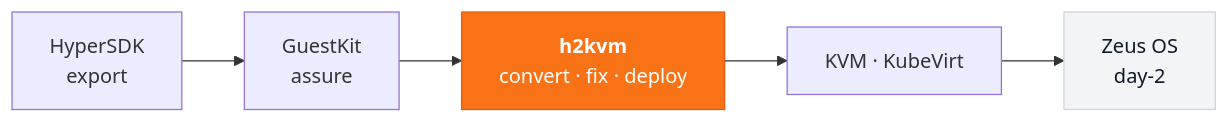
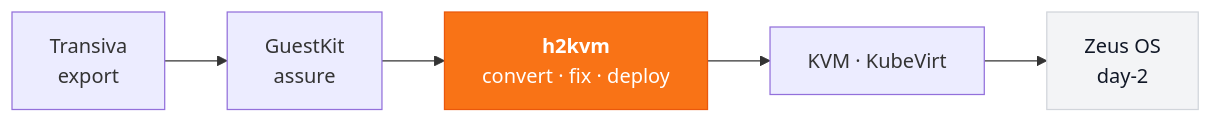
Before and after one commit to zyvorai/h2kvm: the diagram in README.md, drawn with Mermaid. The commit also changed other lines of this file and 22 other files, not shown here.

````diff
--- a/README.md
+++ b/README.md
@@ -275,12 +313,12 @@
 ```mermaid
 flowchart LR
-    H["HyperSDK<br/>export"] --> G["GuestKit<br/>assure"]
+    H["Transiva<br/>export"] --> G["GuestKit<br/>assure"]
     G --> K["<b>h2kvm</b><br/>convert · fix · deploy"]
     K --> T["KVM · KubeVirt"]
     T --> Z["Zeus OS<br/>day-2"]
 
     classDef accent fill:#F97316,stroke:#EA580C,color:#fff;
     classDef muted fill:#F3F4F6,stroke:#D1D5DB,color:#111827;
     class K accent;
     class Z muted;
 ```
````
